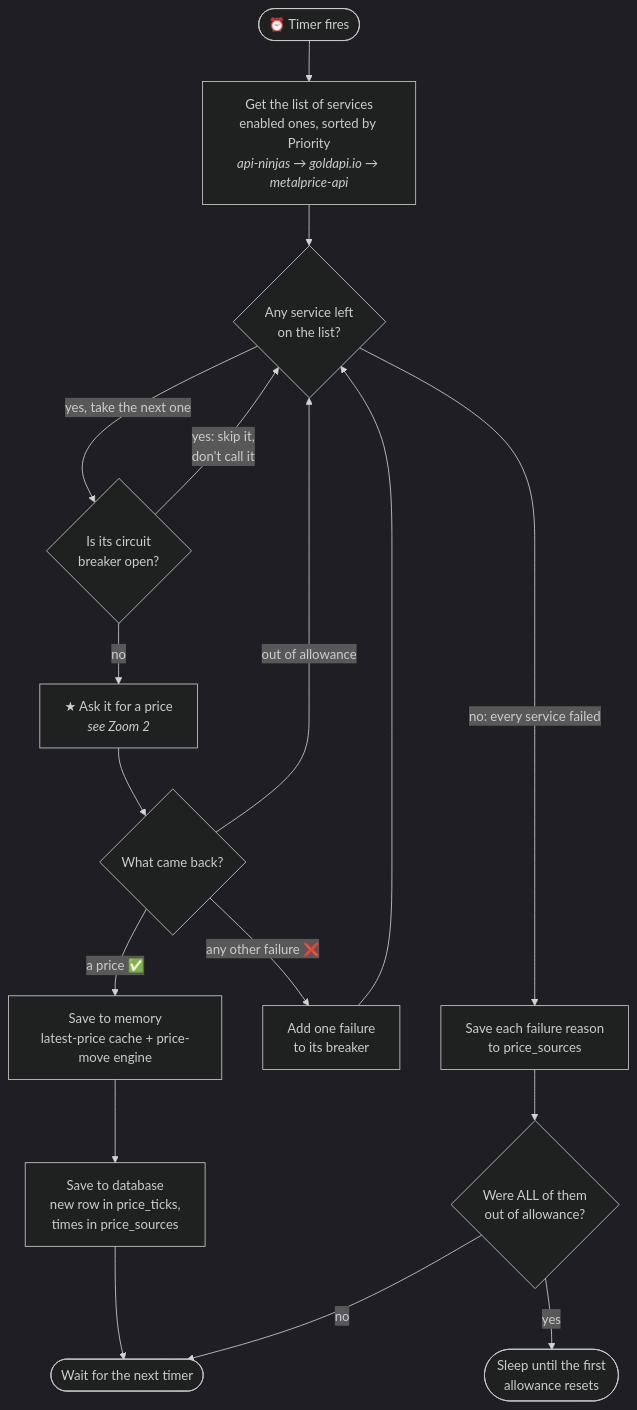
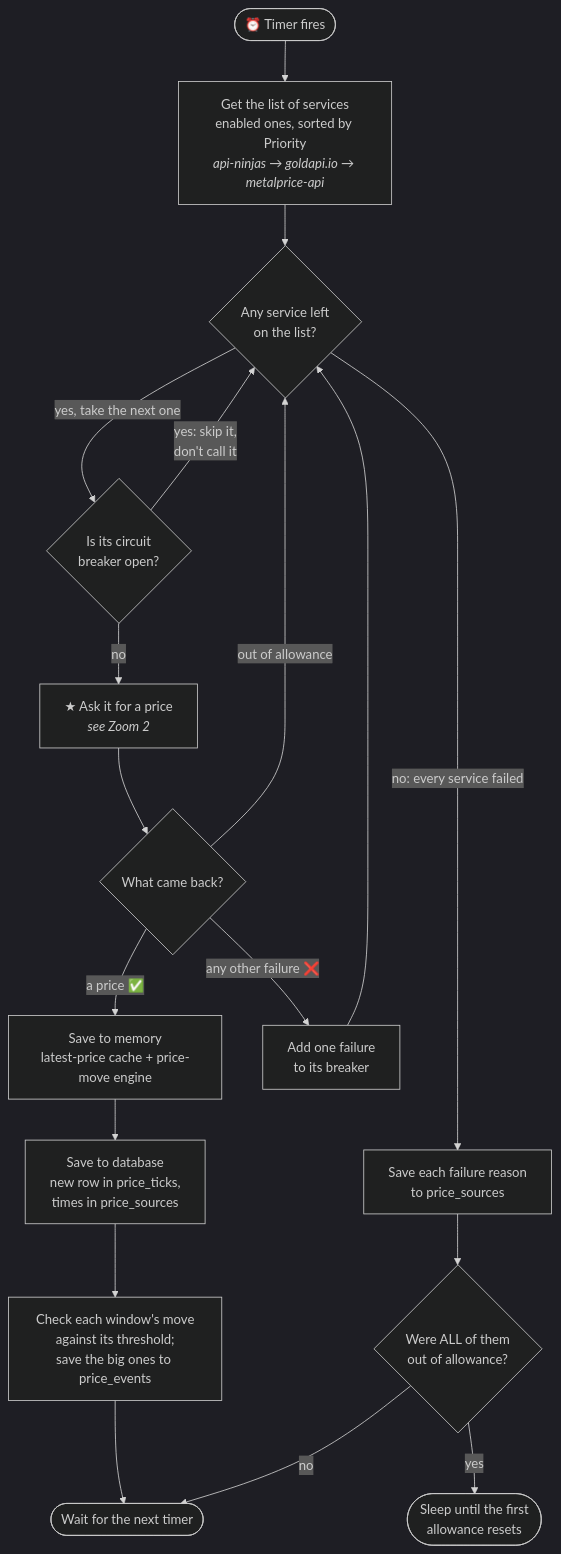
Before and after one commit to avolel/aurum: the third of 4 diagrams in docs/code-overview.md, drawn with Mermaid (dark theme). The commit also changed other lines of this file and 4 other files, not shown here.

````diff
--- a/docs/code-overview.md
+++ b/docs/code-overview.md
@@ -258,23 +264,24 @@
 ```mermaid
 flowchart TD
     A(["⏰ Timer fires"]) --> B["Get the list of services<br/>enabled ones, sorted by Priority<br/><i>api-ninjas → goldapi.io → metalprice-api</i>"]
     B --> C{"Any service left<br/>on the list?"}
 
     C -- "yes, take the next one" --> D{"Is its circuit<br/>breaker open?"}
     D -- "yes: skip it,<br/>don't call it" --> C
     D -- "no" --> E["★ Ask it for a price<br/><i>see Zoom 2</i>"]
 
     E --> F{"What came back?"}
     F -- "a price ✅" --> G["Save to memory<br/>latest-price cache + price-move engine"]
     G --> H["Save to database<br/>new row in price_ticks,<br/>times in price_sources"]
-    H --> Z(["Wait for the next timer"])
+    H --> E2["Check each window's move<br/>against its threshold;<br/>save the big ones to price_events"]
+    E2 --> Z(["Wait for the next timer"])
 
     F -- "out of allowance" --> C
     F -- "any other failure ❌" --> I["Add one failure<br/>to its breaker"]
     I --> C
 
     C -- "no: every service failed" --> J["Save each failure reason<br/>to price_sources"]
     J --> K{"Were ALL of them<br/>out of allowance?"}
     K -- "yes" --> L(["Sleep until the first<br/>allowance resets"])
     K -- "no" --> Z
 ```
````
